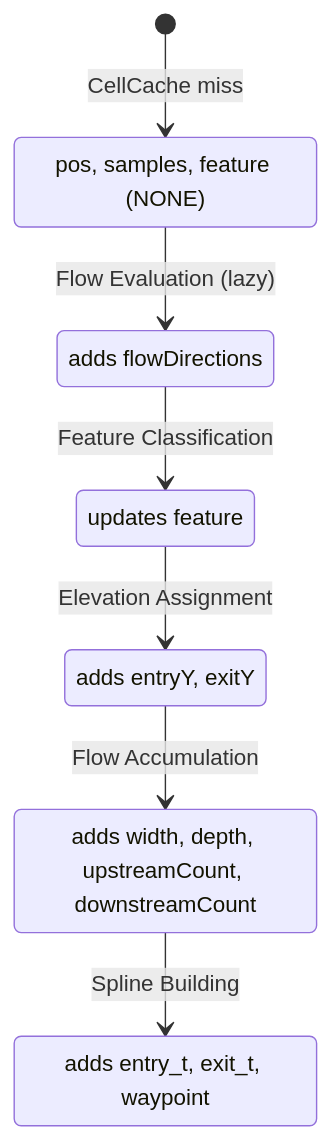
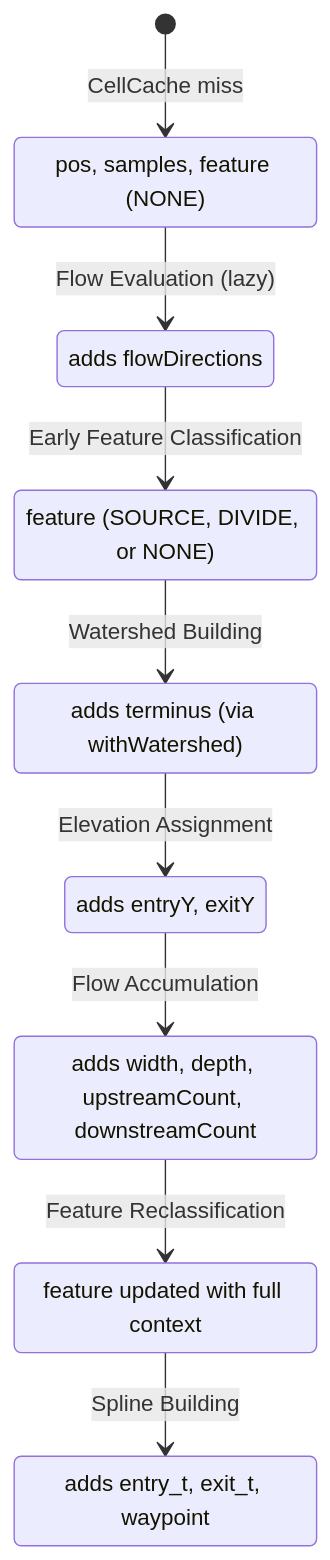
One commit to SoSly/RiverTale changed the second of 2 diagrams in docs/features/rivers/Spatial Infrastructure.md. Above: the diagram before and after it, drawn with Mermaid. The commit also changed other lines of this file and 9 other files, not shown here.

````diff
--- a/docs/features/rivers/Spatial Infrastructure.md
+++ b/docs/features/rivers/Spatial Infrastructure.md
@@ -473,17 +479,21 @@
 ```mermaid
 stateDiagram-v2
     [*] --> Created: CellCache miss
 
     Created: pos, samples, feature (NONE)
     Flowed: adds flowDirections
-    Classified: updates feature
+    EarlyClassified: feature (SOURCE, DIVIDE, or NONE)
+    InWatershed: adds terminus (via withWatershed)
     Elevated: adds entryY, exitY
     Accumulated: adds width, depth, upstreamCount, downstreamCount
+    Reclassified: feature updated with full context
     Splined: adds entry_t, exit_t, waypoint
 
     Created --> Flowed: Flow Evaluation (lazy)
-    Flowed --> Classified: Feature Classification
-    Classified --> Elevated: Elevation Assignment
+    Flowed --> EarlyClassified: Early Feature Classification
+    EarlyClassified --> InWatershed: Watershed Building
+    InWatershed --> Elevated: Elevation Assignment
     Elevated --> Accumulated: Flow Accumulation
-    Accumulated --> Splined: Spline Building
+    Accumulated --> Reclassified: Feature Reclassification
+    Reclassified --> Splined: Spline Building
 ```
````
